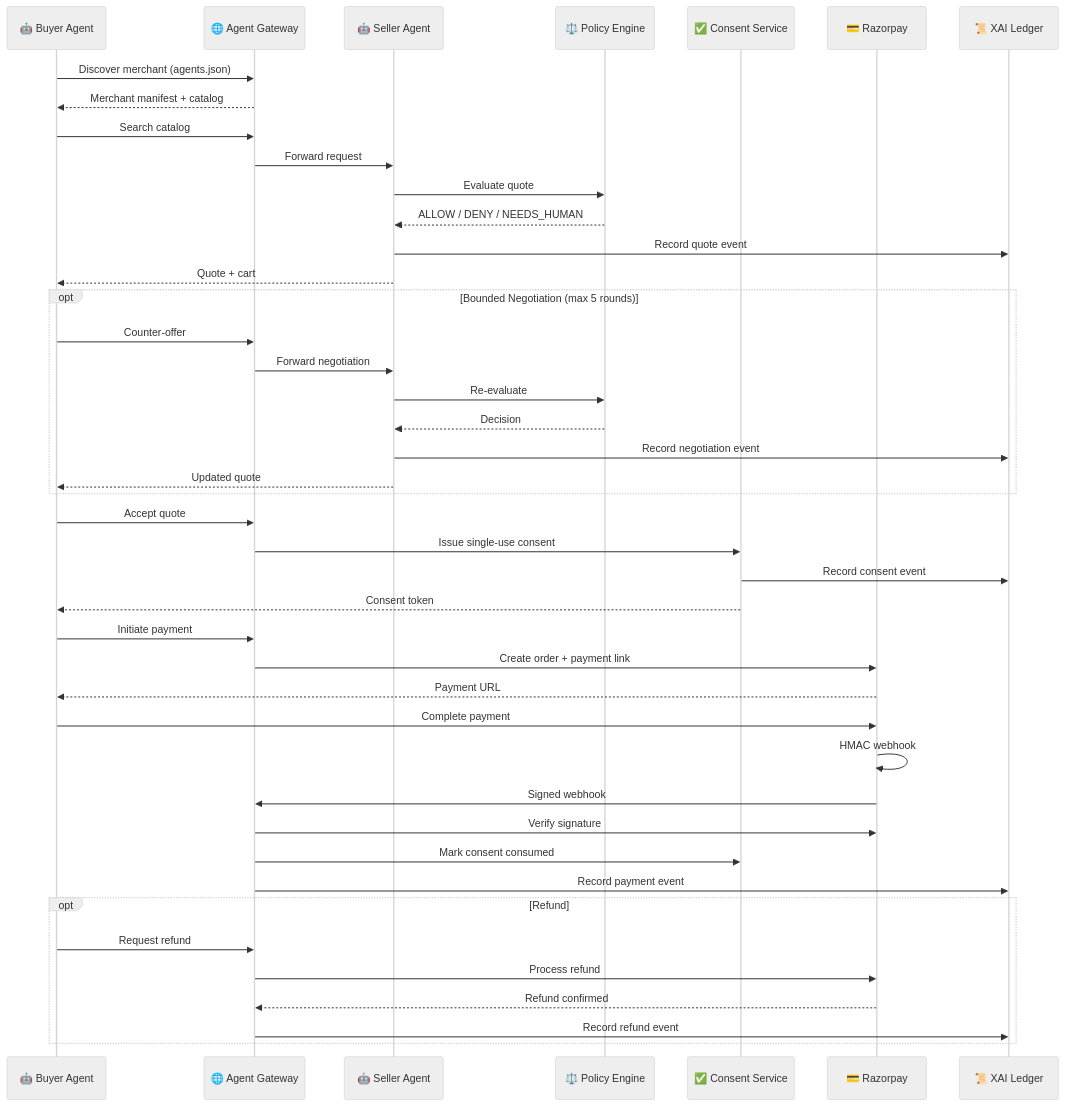
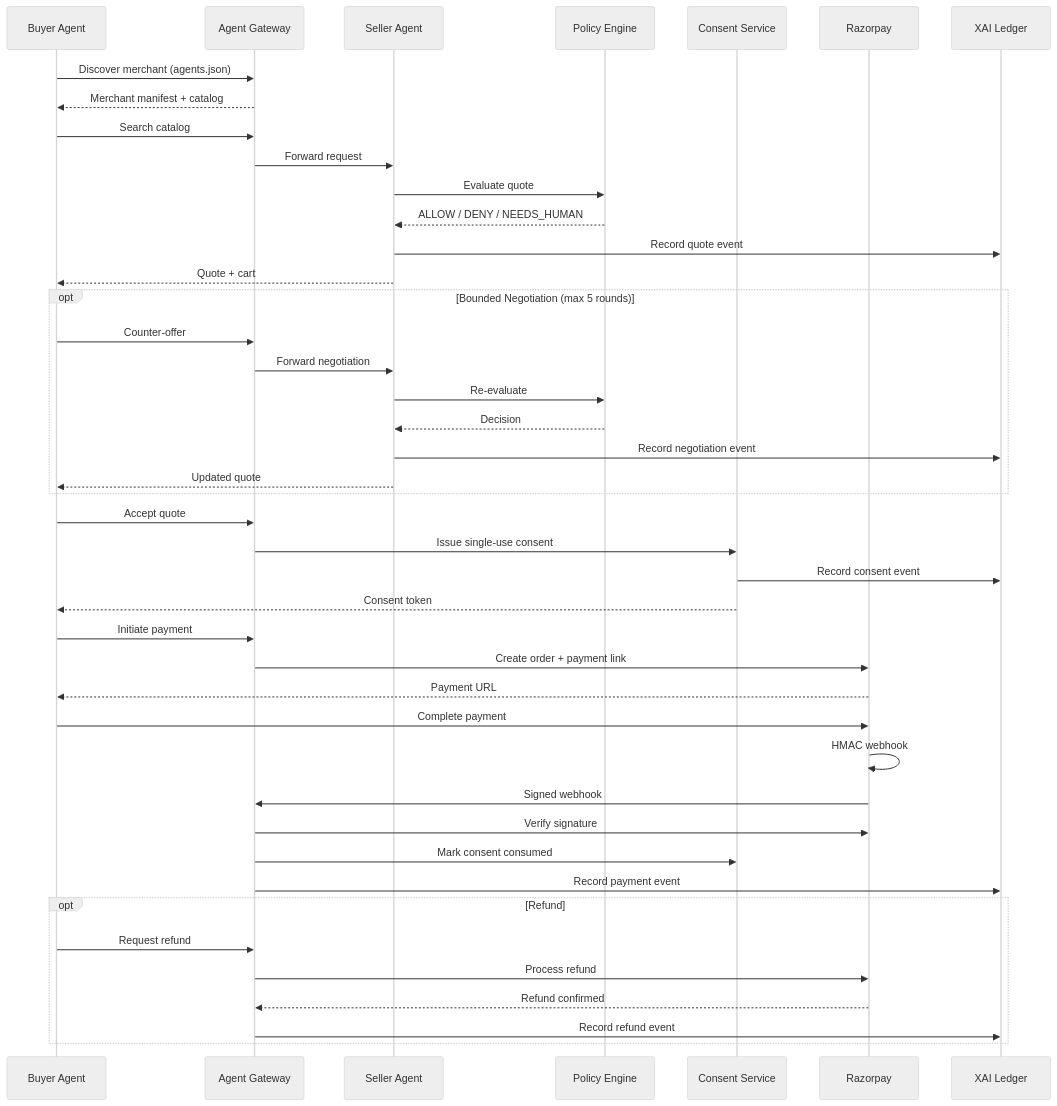
One commit to mahirmlk/sellable changed the second of 5 diagrams in README.md. Above: the diagram before and after it, drawn with Mermaid (neutral theme). The commit also changed other lines of this file, not shown here.

Commit message:
docs: clean up README - remove emojis, fix mermaid diagrams, remove fake footer data

````diff
--- a/README.md
+++ b/README.md
@@ -151,51 +151,51 @@
 ```mermaid
 sequenceDiagram
-    participant Buyer as 🤖 Buyer Agent
-    participant Gateway as 🌐 Agent Gateway
-    participant Seller as 🤖 Seller Agent
-    participant Policy as ⚖️ Policy Engine
-    participant Consent as ✅ Consent Service
-    participant Razorpay as 💳 Razorpay
-    participant Ledger as 📜 XAI Ledger
+    participant Buyer as Buyer Agent
+    participant Gateway as Agent Gateway
+    participant Seller as Seller Agent
+    participant Policy as Policy Engine
+    participant Consent as Consent Service
+    participant Razorpay as Razorpay
+    participant Ledger as XAI Ledger
 
     Buyer->>Gateway: Discover merchant (agents.json)
     Gateway-->>Buyer: Merchant manifest + catalog
     Buyer->>Gateway: Search catalog
     Gateway->>Seller: Forward request
     Seller->>Policy: Evaluate quote
     Policy-->>Seller: ALLOW / DENY / NEEDS_HUMAN
     Seller->>Ledger: Record quote event
     Seller-->>Buyer: Quote + cart
 
     opt Bounded Negotiation (max 5 rounds)
         Buyer->>Gateway: Counter-offer
         Gateway->>Seller: Forward negotiation
         Seller->>Policy: Re-evaluate
         Policy-->>Seller: Decision
         Seller->>Ledger: Record negotiation event
         Seller-->>Buyer: Updated quote
     end
 
     Buyer->>Gateway: Accept quote
     Gateway->>Consent: Issue single-use consent
     Consent->>Ledger: Record consent event
     Consent-->>Buyer: Consent token
 
     Buyer->>Gateway: Initiate payment
     Gateway->>Razorpay: Create order + payment link
     Razorpay-->>Buyer: Payment URL
 
     Buyer->>Razorpay: Complete payment
     Razorpay->>Razorpay: HMAC webhook
     Razorpay->>Gateway: Signed webhook
     Gateway->>Razorpay: Verify signature
     Gateway->>Consent: Mark consent consumed
     Gateway->>Ledger: Record payment event
 
     opt Refund
         Buyer->>Gateway: Request refund
         Gateway->>Razorpay: Process refund
         Razorpay-->>Gateway: Refund confirmed
         Gateway->>Ledger: Record refund event
     end
 ```
````
